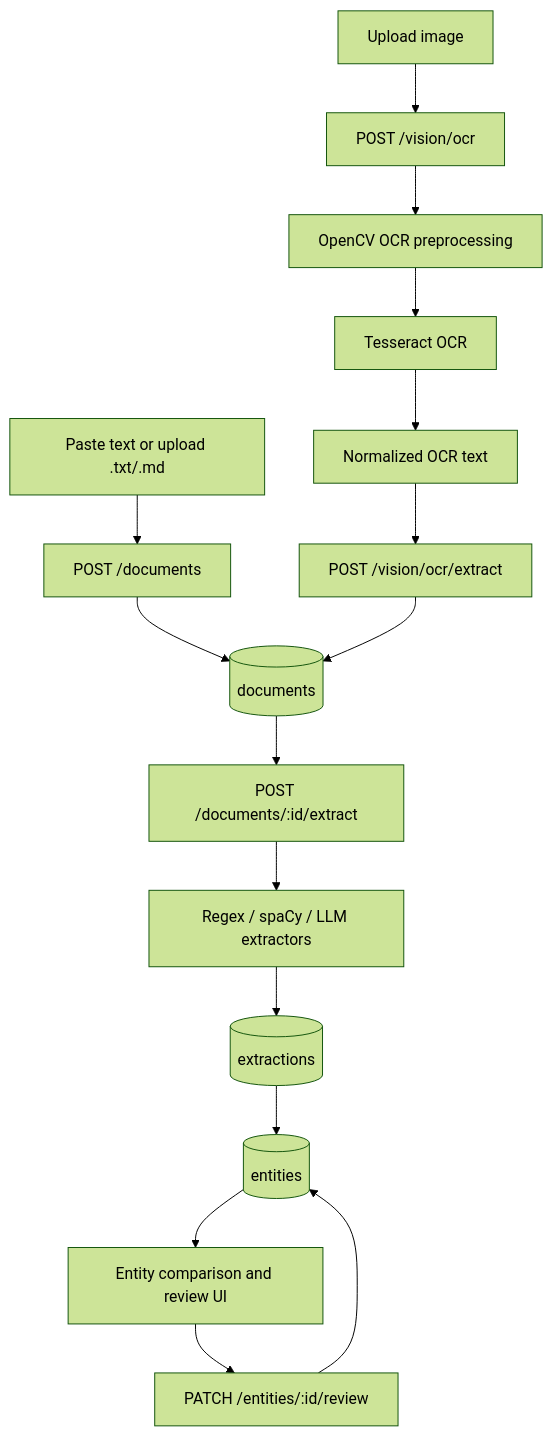
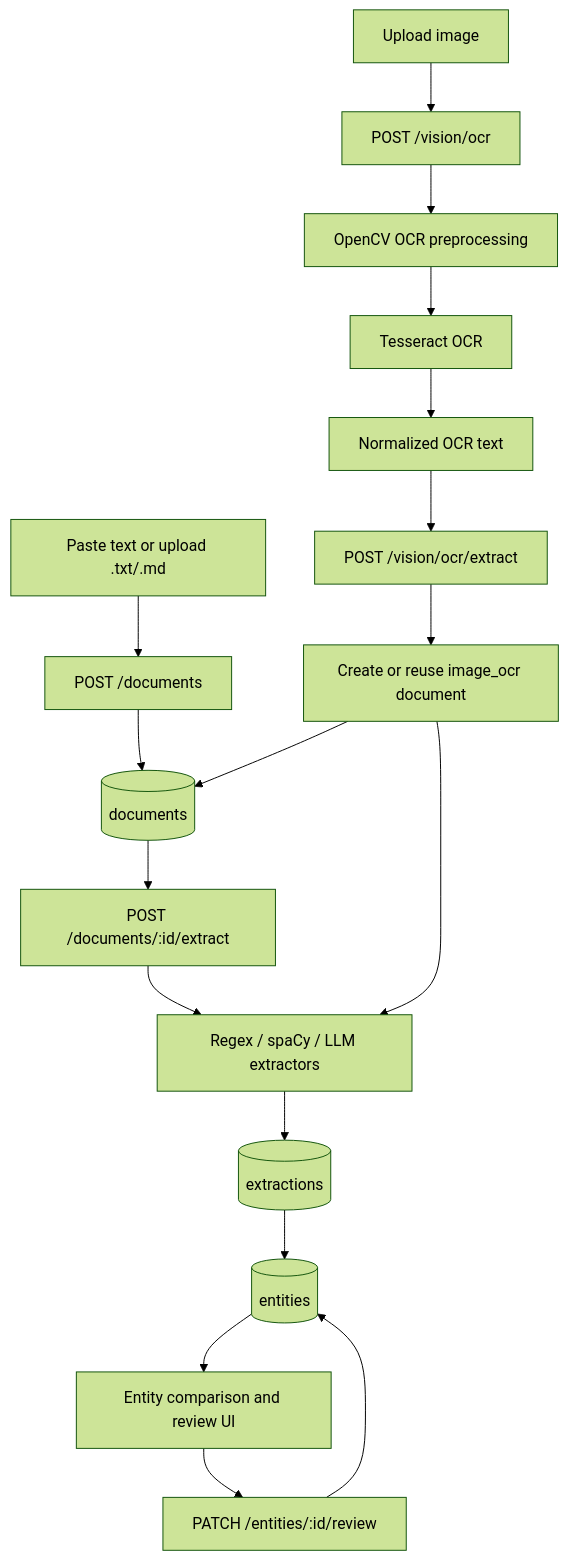
The diagram in README.md (yusufoemerkaratas/entityflow), drawn with Mermaid (forest theme) before and after one commit.

Commit message:
docs: clarify OCR architecture flow

````diff
--- a/README.md
+++ b/README.md
@@ -67,19 +67,21 @@
 ```mermaid
 flowchart TD
     textInput["Paste text or upload .txt/.md"] --> createDocument["POST /documents"]
     createDocument --> documents[("documents")]
     documents --> runExtraction["POST /documents/:id/extract"]
     runExtraction --> extractors["Regex / spaCy / LLM extractors"]
     extractors --> extractions[("extractions")]
     extractions --> entities[("entities")]
     entities --> reviewUi["Entity comparison and review UI"]
     reviewUi --> reviewEntity["PATCH /entities/:id/review"]
     reviewEntity --> entities
 
     imageInput["Upload image"] --> ocrEndpoint["POST /vision/ocr"]
     ocrEndpoint --> preprocess["OpenCV OCR preprocessing"]
     preprocess --> tesseract["Tesseract OCR"]
     tesseract --> ocrText["Normalized OCR text"]
     ocrText --> ocrExtract["POST /vision/ocr/extract"]
-    ocrExtract --> documents
+    ocrExtract --> imageDocument["Create or reuse image_ocr document"]
+    imageDocument --> documents
+    imageDocument --> extractors
 ```
````
